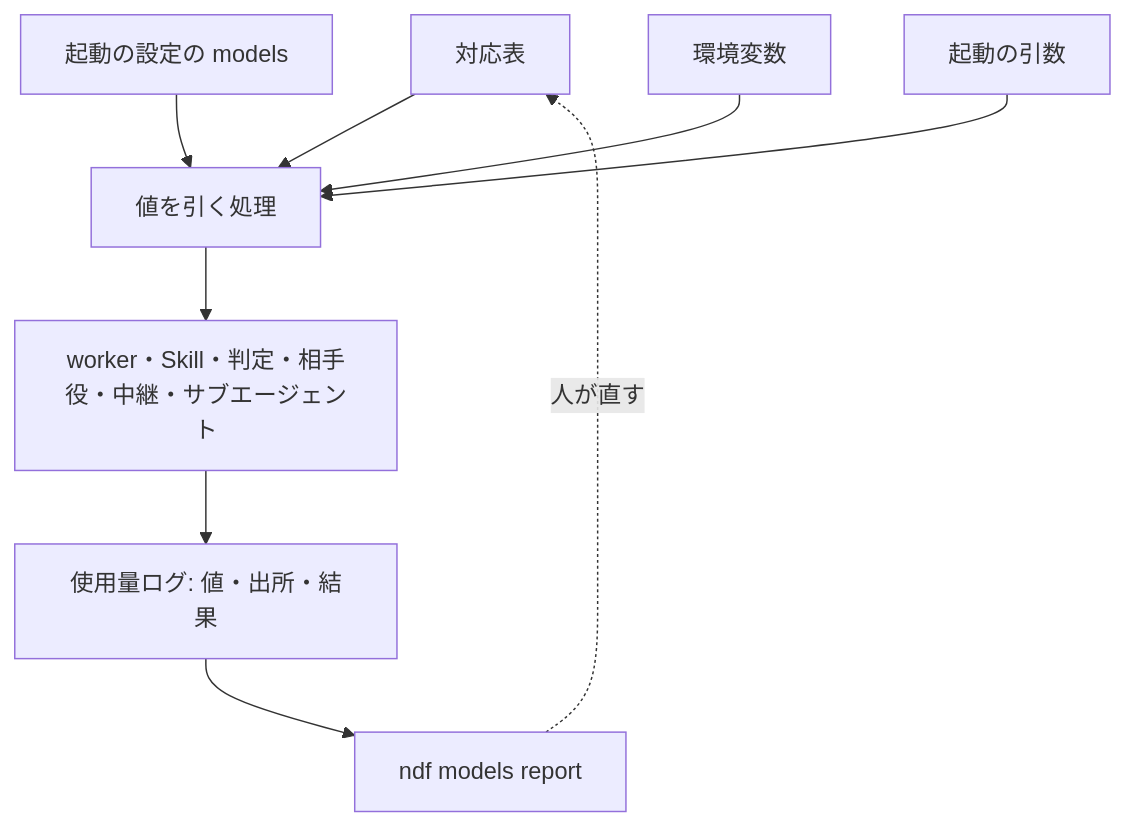
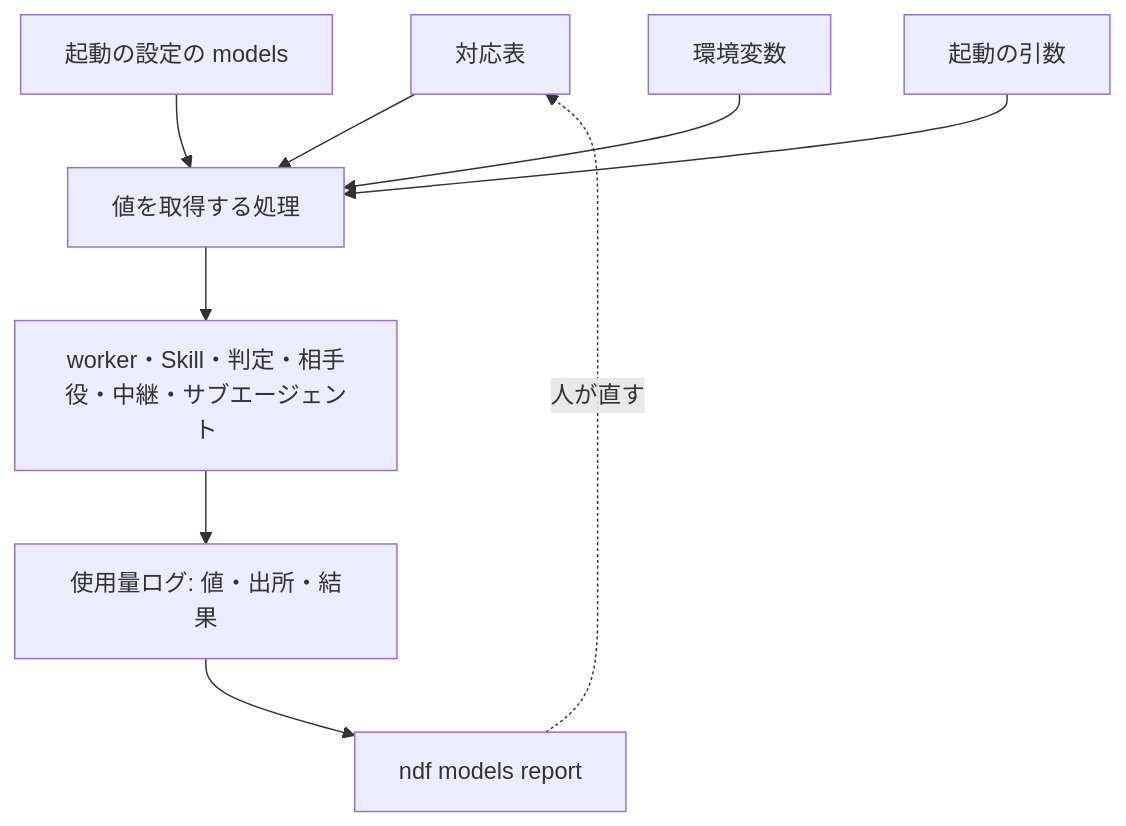
One commit to devbasex/ai-plugins changed the second of 4 diagrams in issues/issue-2944-design.md. Above: the diagram before and after it, drawn with Mermaid. The commit also changed other lines of this file and 1 other file, not shown here.

````diff
--- a/issues/issue-2944-design.md
+++ b/issues/issue-2944-design.md
@@ -50,11 +50,11 @@
 ```mermaid
 graph TD
-    T[対応表] --> R[値を引く処理]
+    T[対応表] --> R[値を取得する処理]
     P[起動の設定の models] --> R
     V[環境変数] --> R
     G[起動の引数] --> R
     R --> L[worker・Skill・判定・相手役・中継・サブエージェント]
     L --> U[使用量ログ: 値・出所・結果]
     U --> Q[ndf models report]
     Q -. 人が直す .-> T
 ```
````
